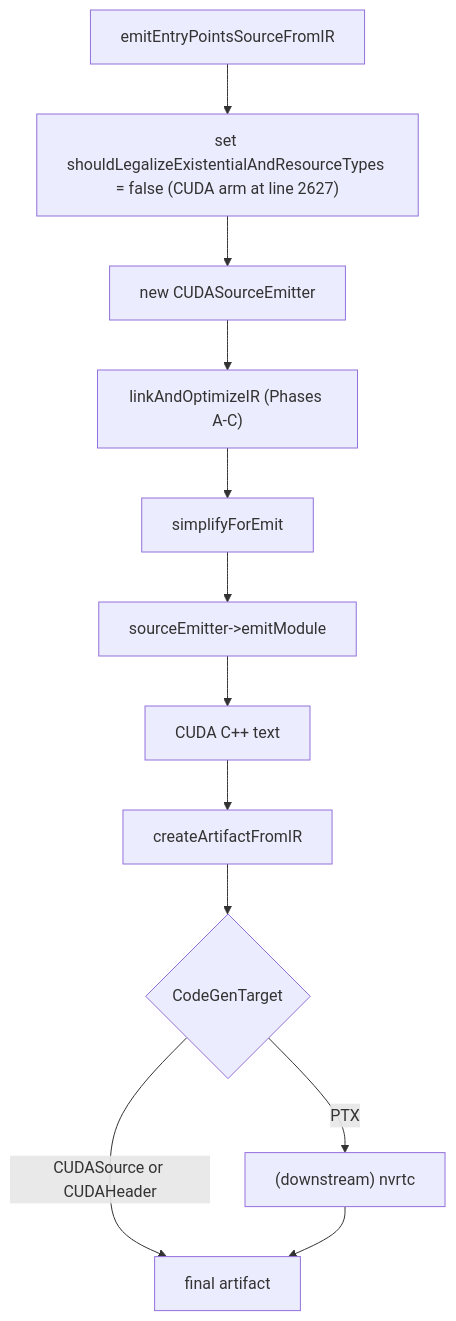
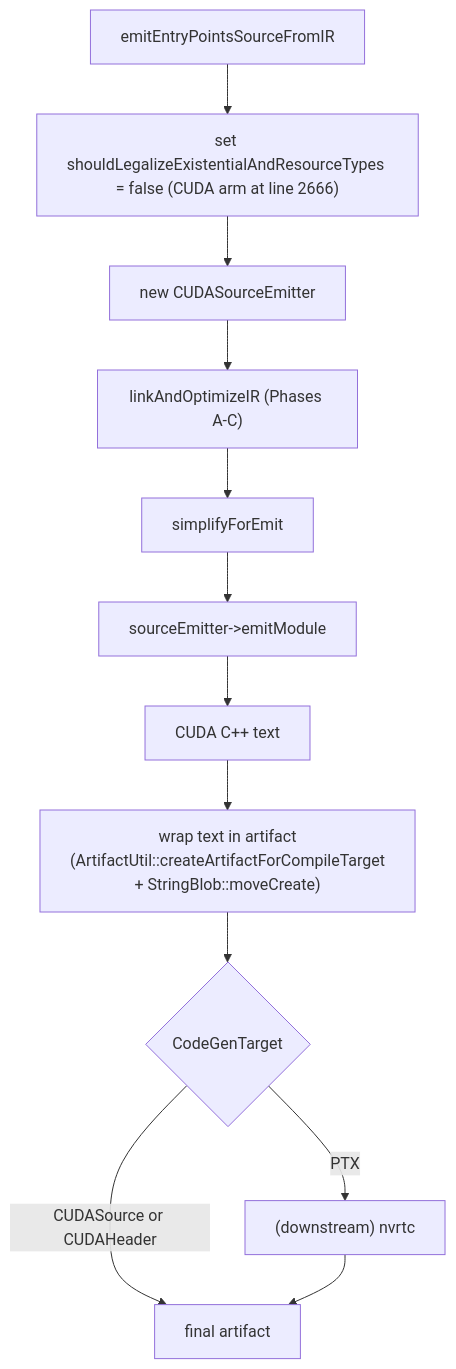
One commit to shader-slang/slang changed the fifth of 5 diagrams in docs/generated/design/target-pipelines/cuda.md. Above: the diagram before and after it, drawn with Mermaid. The commit also changed other lines of this file and 143 other files, not shown here.

````diff
--- a/docs/generated/design/target-pipelines/cuda.md
+++ b/docs/generated/design/target-pipelines/cuda.md
@@ -524,18 +546,18 @@
 ```mermaid
 flowchart TD
   ent[emitEntryPointsSourceFromIR]
-  setFlag["set shouldLegalizeExistentialAndResourceTypes = false (CUDA arm at line 2627)"]
+  setFlag["set shouldLegalizeExistentialAndResourceTypes = false (CUDA arm at line 2666)"]
   newEmit[new CUDASourceEmitter]
   linkOpt2["linkAndOptimizeIR (Phases A-C)"]
   simpForEmit[simplifyForEmit]
   emitModule[sourceEmitter->emitModule]
   textOut[CUDA C++ text]
-  artifact[createArtifactFromIR]
+  artifact["wrap text in artifact<br/>(ArtifactUtil::createArtifactForCompileTarget<br/>+ StringBlob::moveCreate)"]
   selectTarget{CodeGenTarget}
   nvrtc["(downstream) nvrtc"]
   done[final artifact]
 
   ent --> setFlag --> newEmit --> linkOpt2 --> simpForEmit --> emitModule --> textOut --> artifact --> selectTarget
   selectTarget -->|"CUDASource or CUDAHeader"| done
   selectTarget -->|PTX| nvrtc --> done
 ```
````
